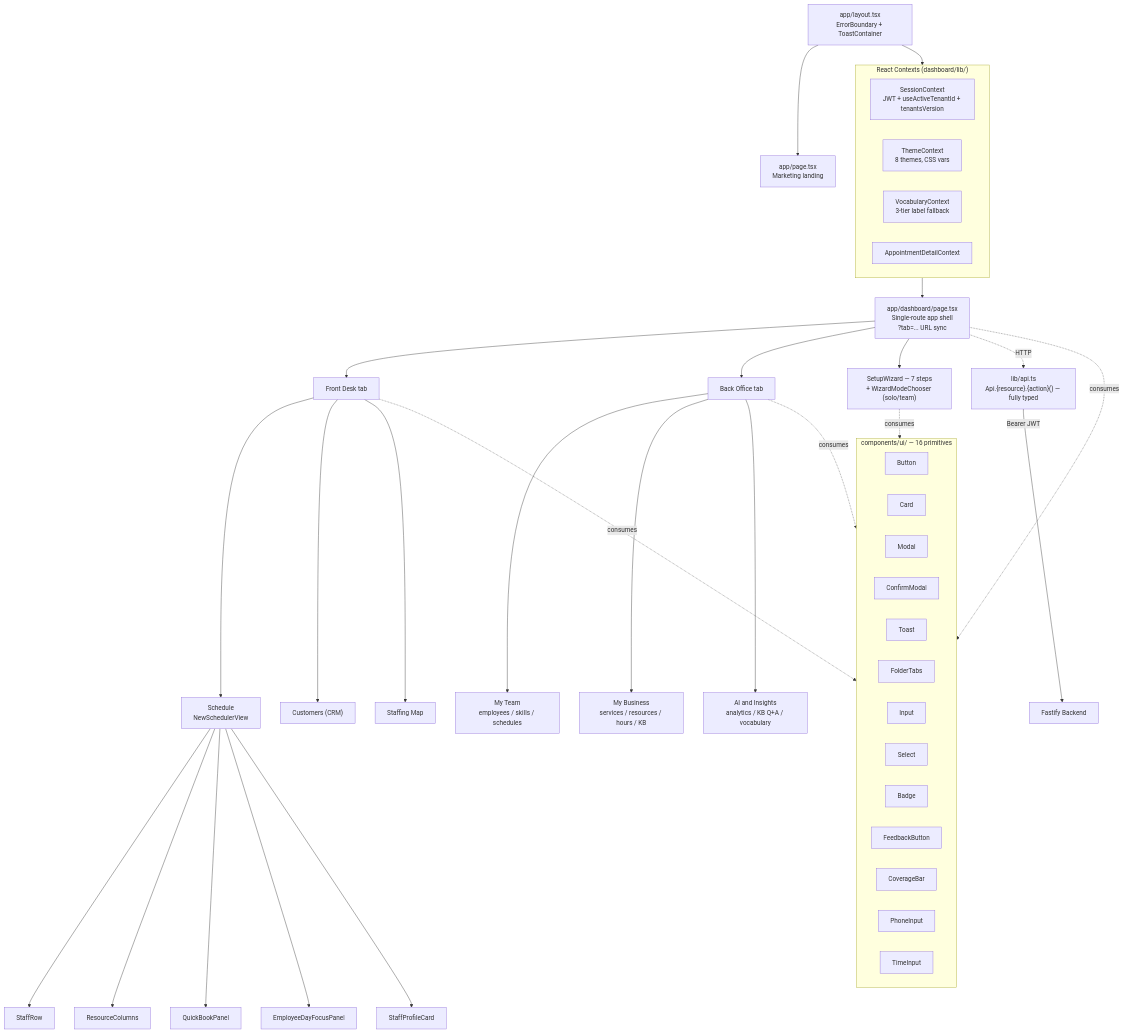
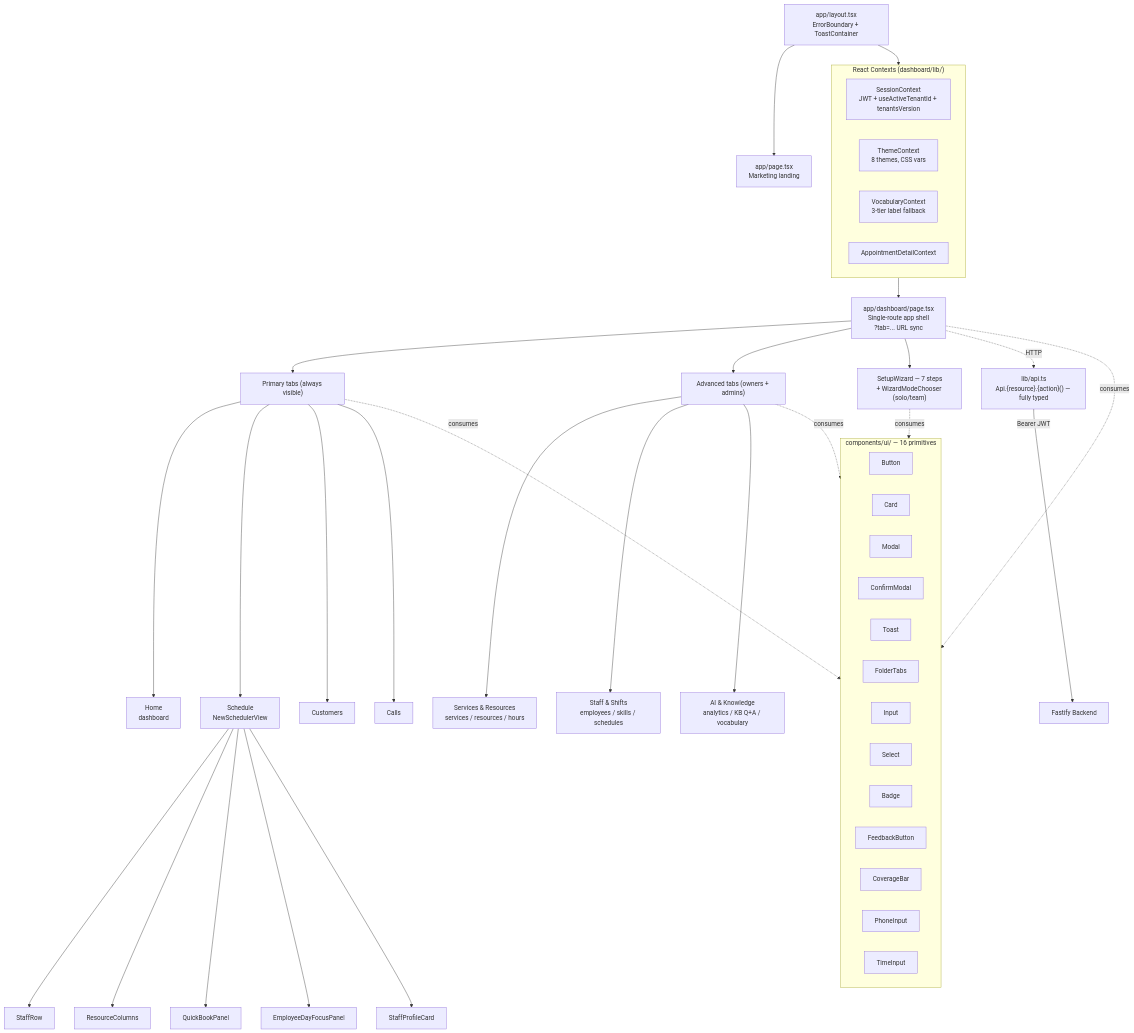
The diagram in docs/diagrams/10-dashboard-component-hierarchy.mmd (ddemott/ai-sec), drawn with Mermaid before and after one commit. The commit also changed 28 other files, not shown here.

```diff
--- a/docs/diagrams/10-dashboard-component-hierarchy.mmd
+++ b/docs/diagrams/10-dashboard-component-hierarchy.mmd
@@ -1,58 +1,59 @@
 flowchart TB
   Layout["app/layout.tsx<br/>ErrorBoundary + ToastContainer"]
 
   subgraph Contexts["React Contexts (dashboard/lib/)"]
     direction LR
     Session["SessionContext<br/>JWT + useActiveTenantId + tenantsVersion"]
     Theme["ThemeContext<br/>8 themes, CSS vars"]
     Vocab["VocabularyContext<br/>3-tier label fallback"]
     ApptDetail["AppointmentDetailContext"]
   end
 
   Layout --> Contexts
   Layout --> Landing["app/page.tsx<br/>Marketing landing"]
   Contexts --> Shell["app/dashboard/page.tsx<br/>Single-route app shell<br/>?tab=... URL sync"]
 
-  Shell --> FD["Front Desk tab"]
-  Shell --> BO["Back Office tab"]
+  Shell --> Primary["Primary tabs (always visible)"]
+  Shell --> Advanced["Advanced tabs (owners + admins)"]
   Shell --> Wizard["SetupWizard — 7 steps<br/>+ WizardModeChooser (solo/team)"]
 
-  FD --> Schedule["Schedule<br/>NewSchedulerView"]
-  FD --> CRMView["Customers (CRM)"]
-  FD --> StaffingMap["Staffing Map"]
+  Primary --> Home["Home<br/>dashboard"]
+  Primary --> Schedule["Schedule<br/>NewSchedulerView"]
+  Primary --> CRMView["Customers"]
+  Primary --> Calls["Calls"]
 
   Schedule --> StaffRow["StaffRow"]
   Schedule --> ResCol["ResourceColumns"]
   Schedule --> QuickBook["QuickBookPanel"]
   Schedule --> DayFocus["EmployeeDayFocusPanel"]
   Schedule --> Profile["StaffProfileCard"]
 
-  BO --> MyTeam["My Team<br/>employees / skills / schedules"]
-  BO --> MyBiz["My Business<br/>services / resources / hours / KB"]
-  BO --> AIInsights["AI and Insights<br/>analytics / KB Q+A / vocabulary"]
+  Advanced --> MyBiz["Services & Resources<br/>services / resources / hours"]
+  Advanced --> MyTeam["Staff & Shifts<br/>employees / skills / schedules"]
+  Advanced --> AIInsights["AI & Knowledge<br/>analytics / KB Q+A / vocabulary"]
 
   subgraph UI["components/ui/ — 16 primitives"]
     direction LR
     Button
     Card
     Modal
     ConfirmModal
     Toast
     FolderTabs
     Input
     Select
     Badge
     Feedback[FeedbackButton]
     Coverage[CoverageBar]
     Phone[PhoneInput]
     TimeInput
   end
 
   Shell -.consumes.-> UI
-  FD -.consumes.-> UI
-  BO -.consumes.-> UI
+  Primary -.consumes.-> UI
+  Advanced -.consumes.-> UI
   Wizard -.consumes.-> UI
 
   API["lib/api.ts<br/>Api.{resource}.{action}() — fully typed"]
   Shell -.HTTP.-> API
   API -->|Bearer JWT| Fastify["Fastify Backend"]
```
